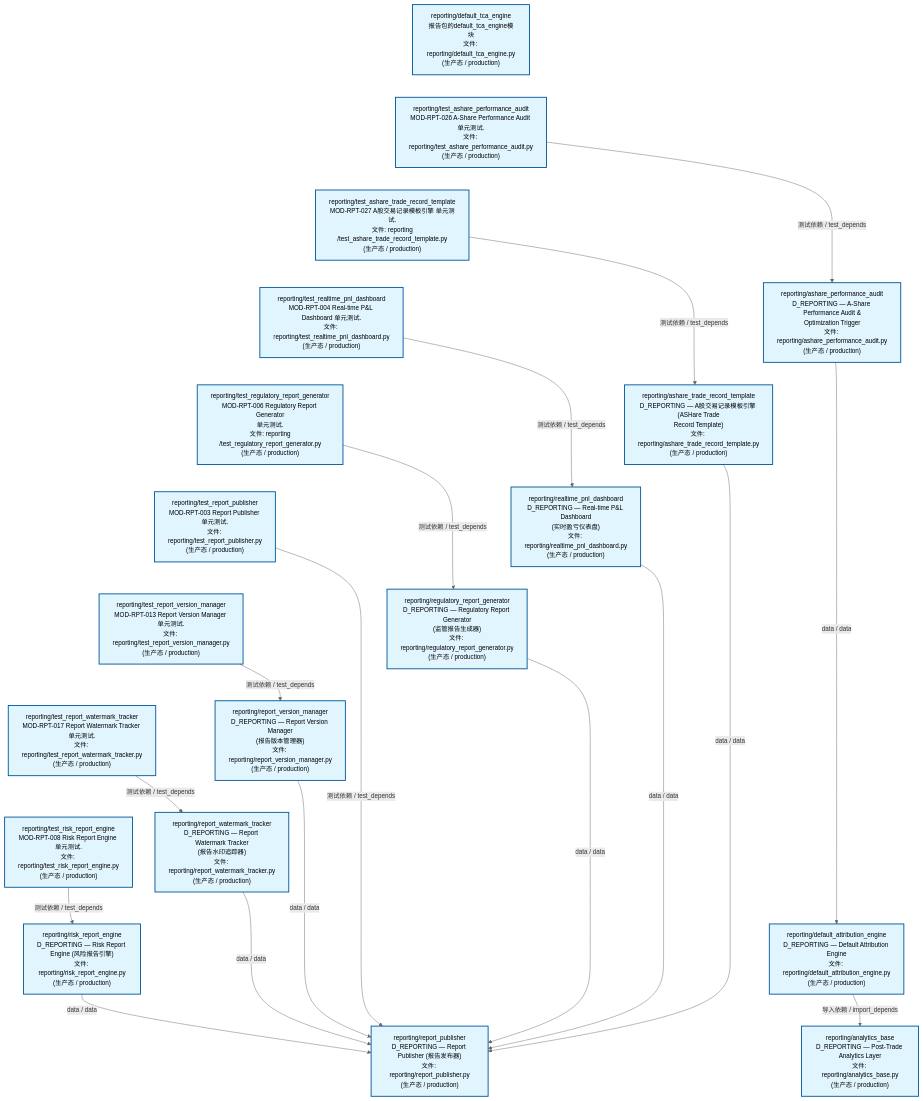
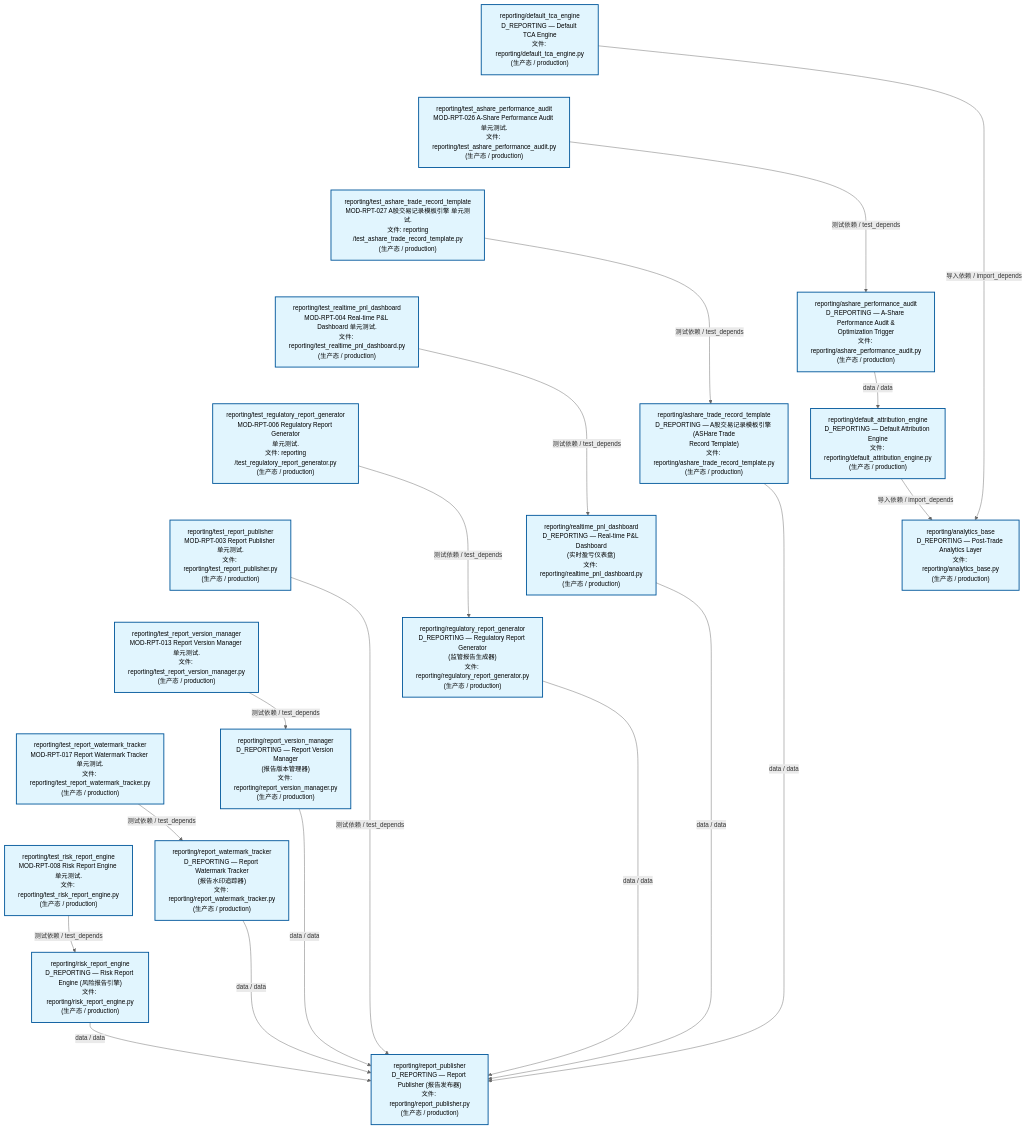
Before and after one commit to xuanFelixVan/ZephyrAlpha: the second of 4 diagrams in docs/02_enterprise_architecture/02_domain_architecture_docs/26_d_reporting.md, drawn with Mermaid. The commit also changed other lines of this file and 50 other files, not shown here.

````diff
--- a/docs/02_enterprise_architecture/02_domain_architecture_docs/26_d_reporting.md
+++ b/docs/02_enterprise_architecture/02_domain_architecture_docs/26_d_reporting.md
@@ -148,59 +149,60 @@
 ```mermaid
 %%{init: {'theme': 'base', 'themeVariables': {'primaryColor': '#eaeaea', 'primaryTextColor': '#333333', 'primaryBorderColor': '#666666', 'lineColor': '#666666', 'secondaryColor': '#eaeaea', 'tertiaryColor': '#eaeaea', 'fontSize': '14px'}}}%%
 flowchart TD
-    src_zephyr_reporting_default_tca_engine_py["reporting/default_tca_engine<br/>报告包的default_tca_engine模块<br/>文件: reporting/default_tca_engine.py<br/>(生产态 / production)"]
+    src_zephyr_reporting_default_tca_engine_py["reporting/default_tca_engine<br/>D_REPORTING — Default TCA Engine<br/>文件: reporting/default_tca_engine.py<br/>(生产态 / production)"]
     tests_reporting_test_ashare_performance_audit_py["reporting/test_ashare_performance_audit<br/>MOD-RPT-026 A-Share Performance Audit 单元测试.<br/>文件: reporting/test_ashare_performance_audit.py<br/>(生产态 / production)"]
     tests_reporting_test_ashare_trade_record_template_py["reporting/test_ashare_trade_record_template<br/>MOD-RPT-027 A股交易记录模板引擎 单元测试.<br/>文件: reporting<br/>/test_ashare_trade_record_template.py<br/>(生产态 / production)"]
     tests_reporting_test_realtime_pnl_dashboard_py["reporting/test_realtime_pnl_dashboard<br/>MOD-RPT-004 Real-time P&L Dashboard 单元测试.<br/>文件: reporting/test_realtime_pnl_dashboard.py<br/>(生产态 / production)"]
     tests_reporting_test_regulatory_report_generator_py["reporting/test_regulatory_report_generator<br/>MOD-RPT-006 Regulatory Report Generator<br/>单元测试.<br/>文件: reporting<br/>/test_regulatory_report_generator.py<br/>(生产态 / production)"]
     tests_reporting_test_report_publisher_py["reporting/test_report_publisher<br/>MOD-RPT-003 Report Publisher 单元测试.<br/>文件: reporting/test_report_publisher.py<br/>(生产态 / production)"]
     tests_reporting_test_report_version_manager_py["reporting/test_report_version_manager<br/>MOD-RPT-013 Report Version Manager 单元测试.<br/>文件: reporting/test_report_version_manager.py<br/>(生产态 / production)"]
     tests_reporting_test_report_watermark_tracker_py["reporting/test_report_watermark_tracker<br/>MOD-RPT-017 Report Watermark Tracker 单元测试.<br/>文件: reporting/test_report_watermark_tracker.py<br/>(生产态 / production)"]
     tests_reporting_test_risk_report_engine_py["reporting/test_risk_report_engine<br/>MOD-RPT-008 Risk Report Engine 单元测试.<br/>文件: reporting/test_risk_report_engine.py<br/>(生产态 / production)"]
     src_zephyr_reporting_default_tca_engine_py ~~~ tests_reporting_test_ashare_performance_audit_py
     tests_reporting_test_ashare_performance_audit_py ~~~ tests_reporting_test_ashare_trade_record_template_py
     tests_reporting_test_ashare_trade_record_template_py ~~~ tests_reporting_test_realtime_pnl_dashboard_py
     tests_reporting_test_realtime_pnl_dashboard_py ~~~ tests_reporting_test_regulatory_report_generator_py
     tests_reporting_test_regulatory_report_generator_py ~~~ tests_reporting_test_report_publisher_py
     tests_reporting_test_report_publisher_py ~~~ tests_reporting_test_report_version_manager_py
     tests_reporting_test_report_version_manager_py ~~~ tests_reporting_test_report_watermark_tracker_py
     tests_reporting_test_report_watermark_tracker_py ~~~ tests_reporting_test_risk_report_engine_py
     src_zephyr_reporting_ashare_performance_audit_py["reporting/ashare_performance_audit<br/>D_REPORTING — A-Share Performance Audit &<br/>Optimization Trigger<br/>文件: reporting/ashare_performance_audit.py<br/>(生产态 / production)"]
     src_zephyr_reporting_ashare_trade_record_template_py["reporting/ashare_trade_record_template<br/>D_REPORTING — A股交易记录模板引擎 (ASHare Trade<br/>Record Template)<br/>文件: reporting/ashare_trade_record_template.py<br/>(生产态 / production)"]
     src_zephyr_reporting_realtime_pnl_dashboard_py["reporting/realtime_pnl_dashboard<br/>D_REPORTING — Real-time P&L Dashboard<br/>(实时盈亏仪表盘)<br/>文件: reporting/realtime_pnl_dashboard.py<br/>(生产态 / production)"]
     src_zephyr_reporting_regulatory_report_generator_py["reporting/regulatory_report_generator<br/>D_REPORTING — Regulatory Report Generator<br/>(监管报告生成器)<br/>文件: reporting/regulatory_report_generator.py<br/>(生产态 / production)"]
     src_zephyr_reporting_report_version_manager_py["reporting/report_version_manager<br/>D_REPORTING — Report Version Manager<br/>(报告版本管理器)<br/>文件: reporting/report_version_manager.py<br/>(生产态 / production)"]
     src_zephyr_reporting_report_watermark_tracker_py["reporting/report_watermark_tracker<br/>D_REPORTING — Report Watermark Tracker<br/>(报告水印追踪器)<br/>文件: reporting/report_watermark_tracker.py<br/>(生产态 / production)"]
     src_zephyr_reporting_risk_report_engine_py["reporting/risk_report_engine<br/>D_REPORTING — Risk Report Engine (风险报告引擎)<br/>文件: reporting/risk_report_engine.py<br/>(生产态 / production)"]
     src_zephyr_reporting_ashare_performance_audit_py ~~~ src_zephyr_reporting_ashare_trade_record_template_py
     src_zephyr_reporting_ashare_trade_record_template_py ~~~ src_zephyr_reporting_realtime_pnl_dashboard_py
     src_zephyr_reporting_realtime_pnl_dashboard_py ~~~ src_zephyr_reporting_regulatory_report_generator_py
     src_zephyr_reporting_regulatory_report_generator_py ~~~ src_zephyr_reporting_report_version_manager_py
     src_zephyr_reporting_report_version_manager_py ~~~ src_zephyr_reporting_report_watermark_tracker_py
     src_zephyr_reporting_report_watermark_tracker_py ~~~ src_zephyr_reporting_risk_report_engine_py
     src_zephyr_reporting_default_attribution_engine_py["reporting/default_attribution_engine<br/>D_REPORTING — Default Attribution Engine<br/>文件: reporting/default_attribution_engine.py<br/>(生产态 / production)"]
     src_zephyr_reporting_report_publisher_py["reporting/report_publisher<br/>D_REPORTING — Report Publisher (报告发布器)<br/>文件: reporting/report_publisher.py<br/>(生产态 / production)"]
     src_zephyr_reporting_default_attribution_engine_py ~~~ src_zephyr_reporting_report_publisher_py
     src_zephyr_reporting_analytics_base_py["reporting/analytics_base<br/>D_REPORTING — Post-Trade Analytics Layer<br/>文件: reporting/analytics_base.py<br/>(生产态 / production)"]
+    src_zephyr_reporting_ashare_performance_audit_py -->|data / data| src_zephyr_reporting_default_attribution_engine_py
+    src_zephyr_reporting_ashare_trade_record_template_py -->|data / data| src_zephyr_reporting_report_publisher_py
+    src_zephyr_reporting_realtime_pnl_dashboard_py -->|data / data| src_zephyr_reporting_report_publisher_py
+    src_zephyr_reporting_default_tca_engine_py -->|导入依赖 / import_depends| src_zephyr_reporting_analytics_base_py
     src_zephyr_reporting_default_attribution_engine_py -->|导入依赖 / import_depends| src_zephyr_reporting_analytics_base_py
-    src_zephyr_reporting_ashare_trade_record_template_py -->|data / data| src_zephyr_reporting_report_publisher_py
-    src_zephyr_reporting_ashare_performance_audit_py -->|data / data| src_zephyr_reporting_default_attribution_engine_py
+    src_zephyr_reporting_report_watermark_tracker_py -->|data / data| src_zephyr_reporting_report_publisher_py
+    src_zephyr_reporting_report_version_manager_py -->|data / data| src_zephyr_reporting_report_publisher_py
     src_zephyr_reporting_regulatory_report_generator_py -->|data / data| src_zephyr_reporting_report_publisher_py
-    src_zephyr_reporting_realtime_pnl_dashboard_py -->|data / data| src_zephyr_reporting_report_publisher_py
-    src_zephyr_reporting_report_version_manager_py -->|data / data| src_zephyr_reporting_report_publisher_py
-    src_zephyr_reporting_report_watermark_tracker_py -->|data / data| src_zephyr_reporting_report_publisher_py
     src_zephyr_reporting_risk_report_engine_py -->|data / data| src_zephyr_reporting_report_publisher_py
     tests_reporting_test_ashare_trade_record_template_py -->|测试依赖 / test_depends| src_zephyr_reporting_ashare_trade_record_template_py
     tests_reporting_test_ashare_performance_audit_py -->|测试依赖 / test_depends| src_zephyr_reporting_ashare_performance_audit_py
+    tests_reporting_test_realtime_pnl_dashboard_py -->|测试依赖 / test_depends| src_zephyr_reporting_realtime_pnl_dashboard_py
+    tests_reporting_test_report_version_manager_py -->|测试依赖 / test_depends| src_zephyr_reporting_report_version_manager_py
+    tests_reporting_test_report_publisher_py -->|测试依赖 / test_depends| src_zephyr_reporting_report_publisher_py
     tests_reporting_test_regulatory_report_generator_py -->|测试依赖 / test_depends| src_zephyr_reporting_regulatory_report_generator_py
-    tests_reporting_test_realtime_pnl_dashboard_py -->|测试依赖 / test_depends| src_zephyr_reporting_realtime_pnl_dashboard_py
-    tests_reporting_test_report_publisher_py -->|测试依赖 / test_depends| src_zephyr_reporting_report_publisher_py
-    tests_reporting_test_report_version_manager_py -->|测试依赖 / test_depends| src_zephyr_reporting_report_version_manager_py
     tests_reporting_test_report_watermark_tracker_py -->|测试依赖 / test_depends| src_zephyr_reporting_report_watermark_tracker_py
     tests_reporting_test_risk_report_engine_py -->|测试依赖 / test_depends| src_zephyr_reporting_risk_report_engine_py
     classDef production fill:#e1f5fe,stroke:#01579b,stroke-width:2px,color:#000
     classDef design fill:#fff3e0,stroke:#e65100,stroke-width:2px,color:#000,stroke-dasharray: 5 5
     classDef external_prod fill:#e8f4fd,stroke:#0277bd,stroke-width:1px,color:#000
     classDef external_design fill:#fff8e7,stroke:#ef6c00,stroke-width:1px,color:#000,stroke-dasharray: 5 5
     class src_zephyr_reporting_analytics_base_py,src_zephyr_reporting_ashare_performance_audit_py,src_zephyr_reporting_ashare_trade_record_template_py,src_zephyr_reporting_default_attribution_engine_py,src_zephyr_reporting_default_tca_engine_py,src_zephyr_reporting_realtime_pnl_dashboard_py,src_zephyr_reporting_regulatory_report_generator_py,src_zephyr_reporting_report_publisher_py,src_zephyr_reporting_report_version_manager_py,src_zephyr_reporting_report_watermark_tracker_py,src_zephyr_reporting_risk_report_engine_py,tests_reporting_test_ashare_performance_audit_py,tests_reporting_test_ashare_trade_record_template_py,tests_reporting_test_realtime_pnl_dashboard_py,tests_reporting_test_regulatory_report_generator_py,tests_reporting_test_report_publisher_py,tests_reporting_test_report_version_manager_py,tests_reporting_test_report_watermark_tracker_py,tests_reporting_test_risk_report_engine_py production
 ```
````
